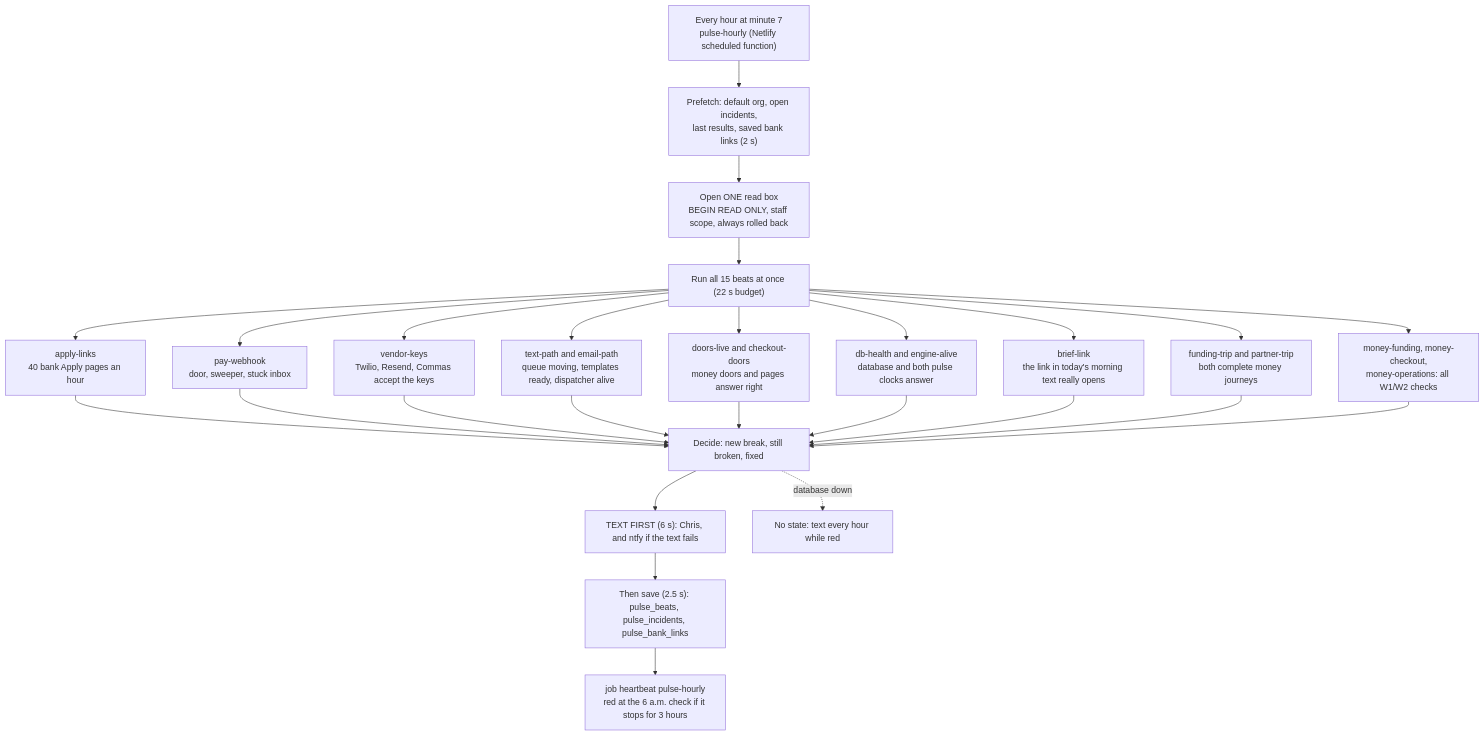
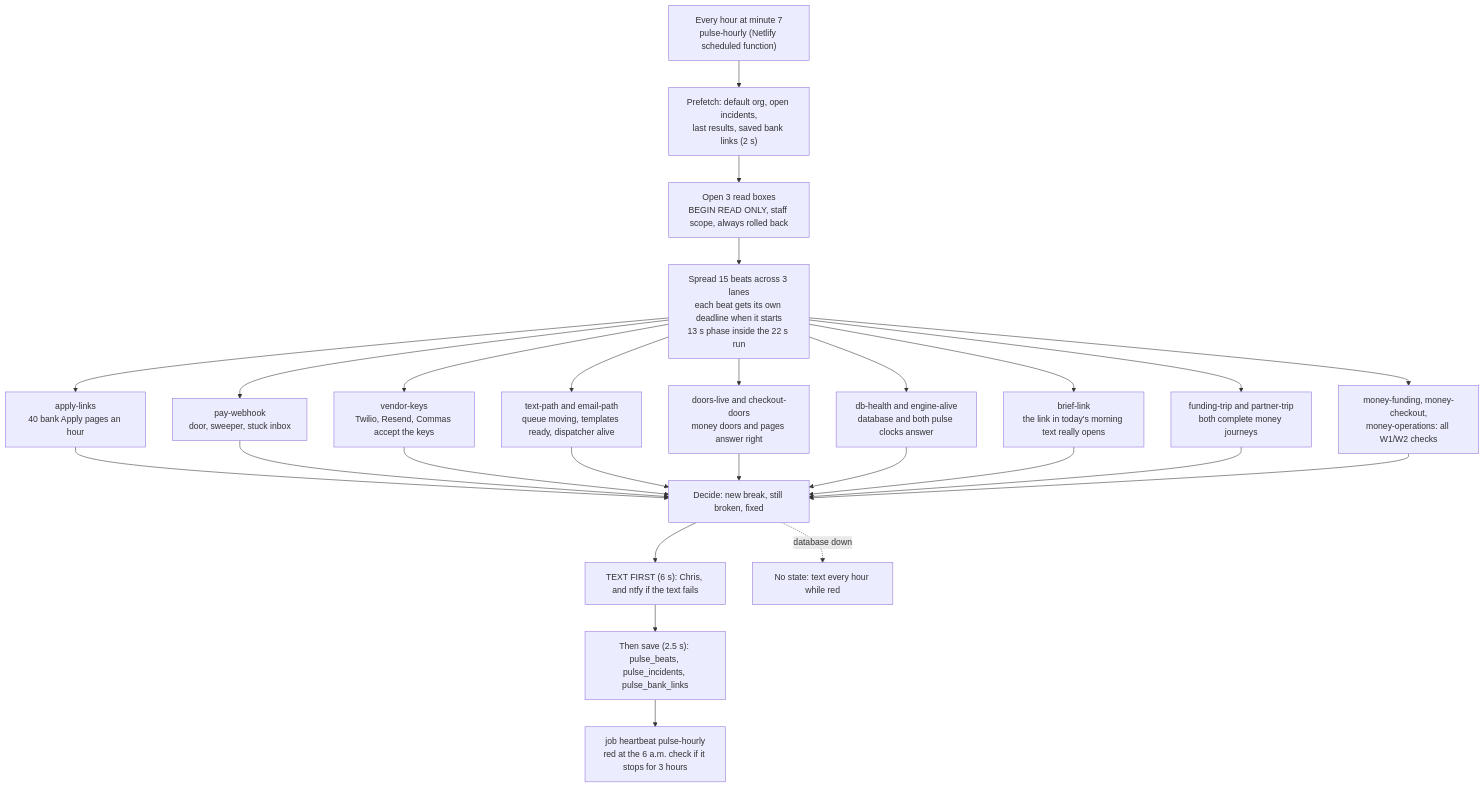
Before and after one commit to ZootimusMaximusSupreme/fundhub-platform: the second of 5 diagrams in docs/journeys/heartbeat-flow.md, drawn with Mermaid. The commit also changed other lines of this file and 8 other files, not shown here.

````diff
--- a/docs/journeys/heartbeat-flow.md
+++ b/docs/journeys/heartbeat-flow.md
@@ -88,28 +88,28 @@
 ```mermaid
 flowchart TD
     CLOCK["Every hour at minute 7<br/>pulse-hourly (Netlify scheduled function)"] --> PRE["Prefetch: default org, open incidents,<br/>last results, saved bank links (2 s)"]
-    PRE --> BOX["Open ONE read box<br/>BEGIN READ ONLY, staff scope, always rolled back"]
-    BOX --> BEATS["Run all 15 beats at once (22 s budget)"]
+    PRE --> BOX["Open 3 read boxes<br/>BEGIN READ ONLY, staff scope, always rolled back"]
+    BOX --> BEATS["Spread 15 beats across 3 lanes<br/>each beat gets its own deadline when it starts<br/>13 s phase inside the 22 s run"]
     BEATS --> B1["apply-links<br/>40 bank Apply pages an hour"]
     BEATS --> B2["pay-webhook<br/>door, sweeper, stuck inbox"]
     BEATS --> B3["vendor-keys<br/>Twilio, Resend, Commas accept the keys"]
     BEATS --> B4["text-path and email-path<br/>queue moving, templates ready, dispatcher alive"]
     BEATS --> B5["doors-live and checkout-doors<br/>money doors and pages answer right"]
     BEATS --> B6["db-health and engine-alive<br/>database and both pulse clocks answer"]
     BEATS --> B7["brief-link<br/>the link in today's morning text really opens"]
     BEATS --> B8["funding-trip and partner-trip<br/>both complete money journeys"]
     BEATS --> B9["money-funding, money-checkout,<br/>money-operations: all W1/W2 checks"]
     B1 --> DECIDE["Decide: new break, still broken, fixed"]
     B2 --> DECIDE
     B3 --> DECIDE
     B4 --> DECIDE
     B5 --> DECIDE
     B6 --> DECIDE
     B7 --> DECIDE
     B8 --> DECIDE
     B9 --> DECIDE
     DECIDE --> TEXT["TEXT FIRST (6 s): Chris, and ntfy if the text fails"]
     TEXT --> REC["Then save (2.5 s): pulse_beats, pulse_incidents, pulse_bank_links"]
     REC --> BEAT["job heartbeat pulse-hourly<br/>red at the 6 a.m. check if it stops for 3 hours"]
     DECIDE -.->|database down| FALL["No state: text every hour while red"]
 ```
````
